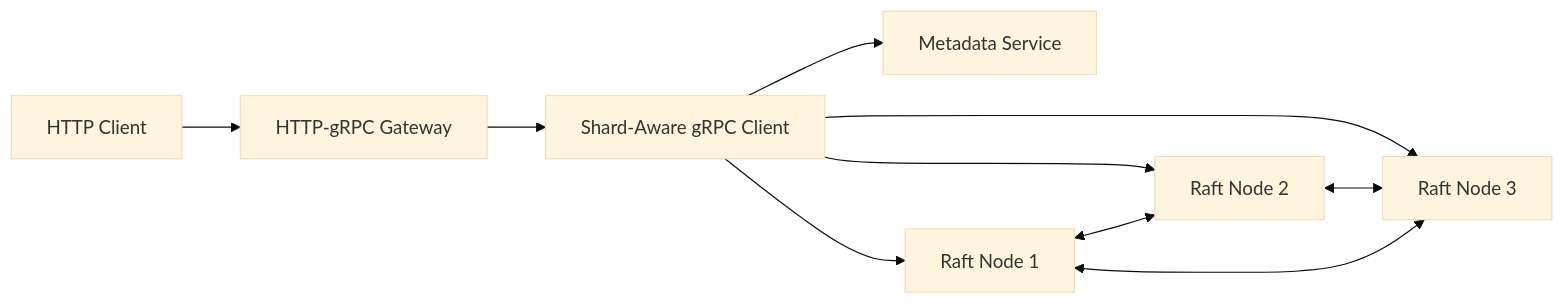
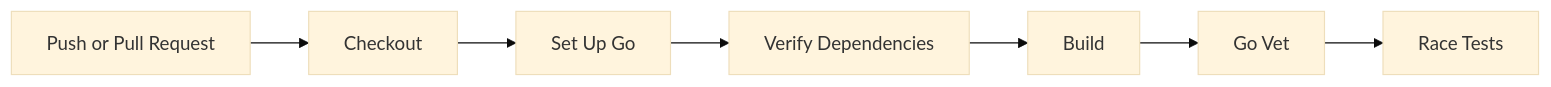
One commit to KrishShah1912/ShardRAFT changed the eighth of 8 diagrams in README.md. Above: the diagram before and after it, drawn with Mermaid (base theme). The commit also changed other lines of this file, not shown here.

Commit message:
docs: update README with complete ShardRAFT implementation (#27)

````diff
--- a/README.md
+++ b/README.md
@@ -1480,12 +1359,9 @@
 ```mermaid
 flowchart LR
-    C[HTTP Client] --> G[HTTP-gRPC Gateway]
-    G --> GC[Shard-Aware gRPC Client]
-    GC --> M[Metadata Service]
-    GC --> N1[Raft Node 1]
-    GC --> N2[Raft Node 2]
-    GC --> N3[Raft Node 3]
-    N1 <--> N2
-    N2 <--> N3
-    N3 <--> N1
+    A[Push or Pull Request] --> B[Checkout]
+    B --> C[Set Up Go]
+    C --> D[Verify Dependencies]
+    D --> E[Build]
+    E --> F[Go Vet]
+    F --> G[Race Tests]
 ```
````
